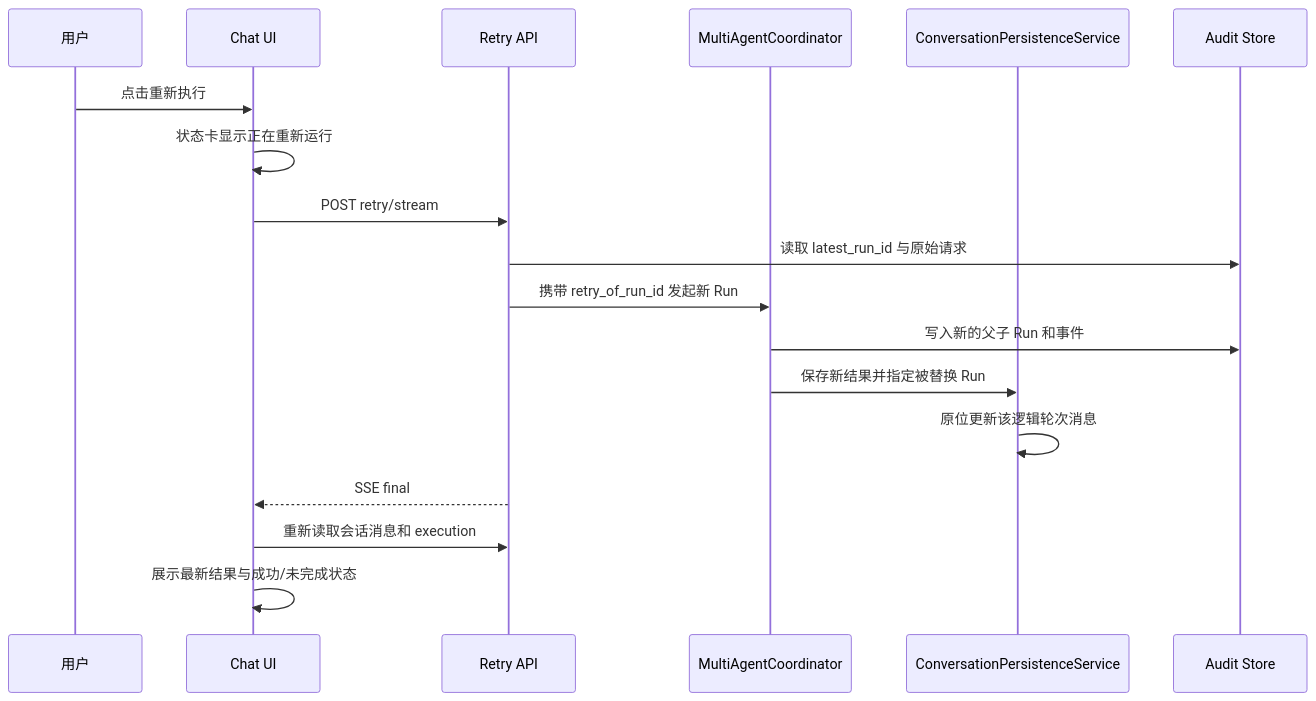
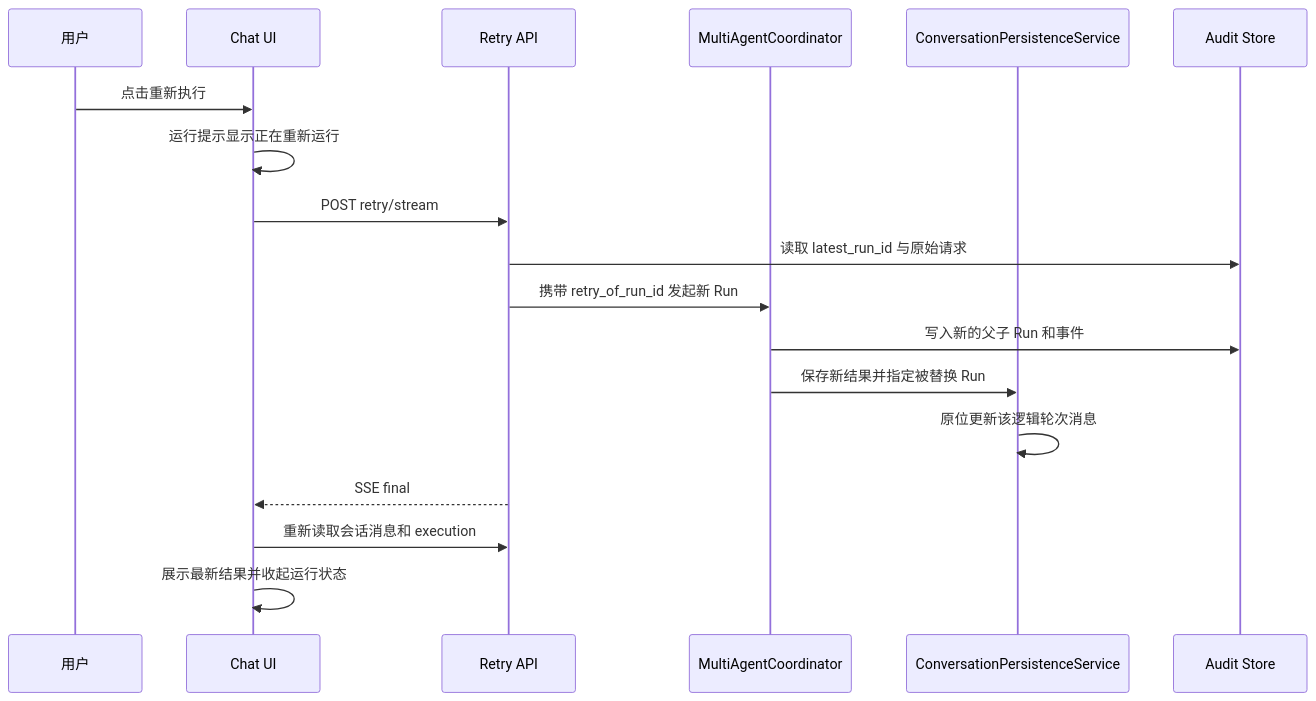
One commit to leo-cai-ai/agentkit changed the diagram in docs/superpowers/specs/2026-07-05-conversation-retry-ux-design.md. Above: the diagram before and after it, drawn with Mermaid. The commit also changed other lines of this file, not shown here.

````diff
--- a/docs/superpowers/specs/2026-07-05-conversation-retry-ux-design.md
+++ b/docs/superpowers/specs/2026-07-05-conversation-retry-ux-design.md
@@ -78,21 +81,21 @@
 ```mermaid
 sequenceDiagram
     participant U as 用户
     participant UI as Chat UI
     participant API as Retry API
     participant C as MultiAgentCoordinator
     participant P as ConversationPersistenceService
     participant A as Audit Store
 
     U->>UI: 点击重新执行
-    UI->>UI: 状态卡显示正在重新运行
+    UI->>UI: 运行提示显示正在重新运行
     UI->>API: POST retry/stream
     API->>A: 读取 latest_run_id 与原始请求
     API->>C: 携带 retry_of_run_id 发起新 Run
     C->>A: 写入新的父子 Run 和事件
     C->>P: 保存新结果并指定被替换 Run
     P->>P: 原位更新该逻辑轮次消息
     API-->>UI: SSE final
     UI->>API: 重新读取会话消息和 execution
-    UI->>UI: 展示最新结果与成功/未完成状态
+    UI->>UI: 展示最新结果并收起运行状态
 ```
````
